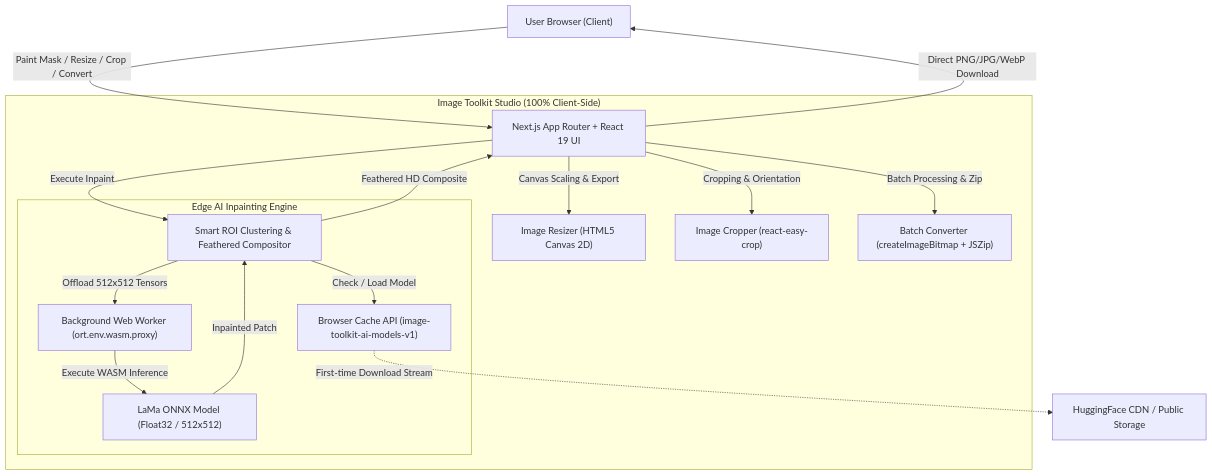
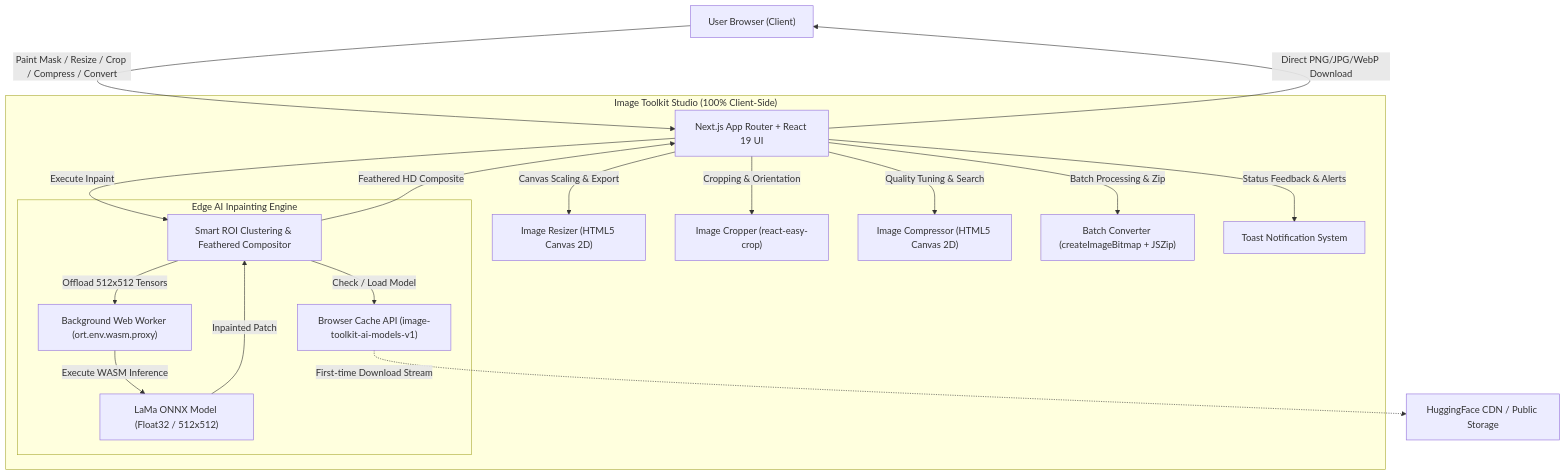
The diagram in README.md (SalmanFrs/image-toolkit), drawn with Mermaid before and after one commit. The commit also changed other lines of this file and 6 other files, not shown here.

Commit message:
feat: add client-side Image Compressor and unify upload validation toasts

````diff
--- a/README.md
+++ b/README.md
@@ -81,34 +94,38 @@
 ```mermaid
 flowchart TD
     User["User Browser (Client)"]
 
     subgraph ClientStudio["Image Toolkit Studio (100% Client-Side)"]
         UI["Next.js App Router + React 19 UI"]
         Resizer["Image Resizer (HTML5 Canvas 2D)"]
         Cropper["Image Cropper (react-easy-crop)"]
+        Compressor["Image Compressor (HTML5 Canvas 2D)"]
         Batch["Batch Converter (createImageBitmap + JSZip)"]
+        Toast["Toast Notification System"]
         
         subgraph EdgeAI["Edge AI Inpainting Engine"]
             Cache["Browser Cache API (image-toolkit-ai-models-v1)"]
             Worker["Background Web Worker (ort.env.wasm.proxy)"]
             LaMa["LaMa ONNX Model (Float32 / 512x512)"]
             ROI["Smart ROI Clustering & Feathered Compositor"]
         end
     end
 
     RemoteCDN["HuggingFace CDN / Public Storage"]
 
-    User -->|"Paint Mask / Resize / Crop / Convert"| UI
+    User -->|"Paint Mask / Resize / Crop / Compress / Convert"| UI
     UI -->|"Canvas Scaling & Export"| Resizer
     UI -->|"Cropping & Orientation"| Cropper
+    UI -->|"Quality Tuning & Search"| Compressor
     UI -->|"Batch Processing & Zip"| Batch
+    UI -->|"Status Feedback & Alerts"| Toast
     
     UI -->|"Execute Inpaint"| ROI
     ROI -->|"Check / Load Model"| Cache
     Cache -.->|"First-time Download Stream"| RemoteCDN
     ROI -->|"Offload 512x512 Tensors"| Worker
     Worker -->|"Execute WASM Inference"| LaMa
     LaMa -->|"Inpainted Patch"| ROI
     ROI -->|"Feathered HD Composite"| UI
     UI -->|"Direct PNG/JPG/WebP Download"| User
 ```
````
